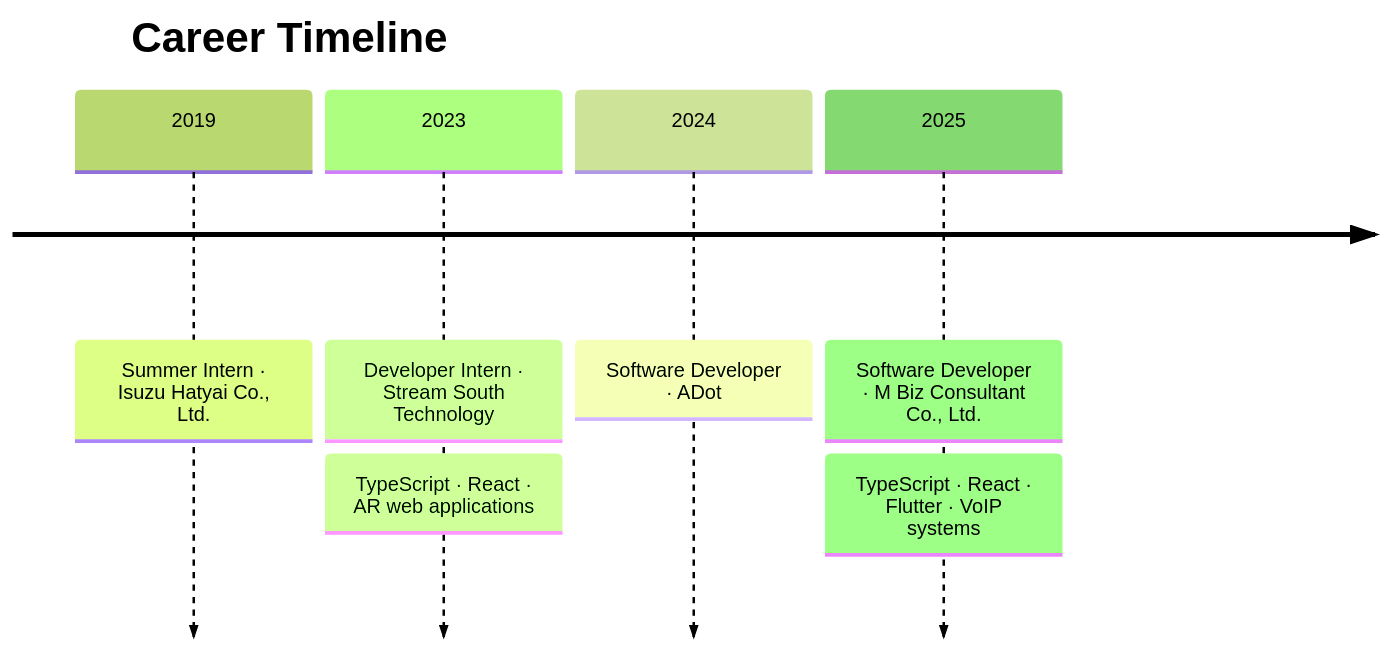
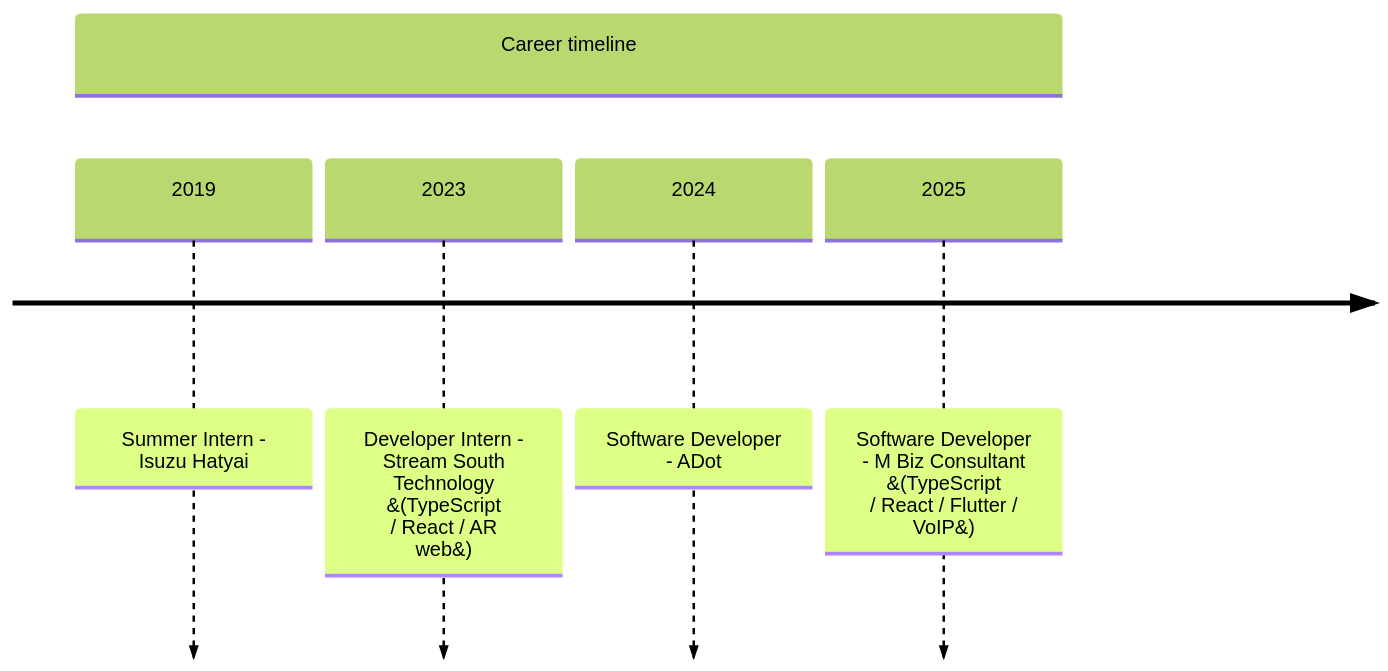
The second of 2 diagrams in README.md (WuttichaiSukantho/WuttichaiSukantho), drawn with Mermaid (forest theme) before and after one commit. The commit also changed other lines of this file and 3 other files, not shown here.

First line of the commit message:
Add application flow diagram and profile image

````diff
--- a/README.md
+++ b/README.md
@@ -91,10 +144,10 @@
 ```mermaid
 timeline
-    title Career Timeline
-    2019 : Summer Intern · Isuzu Hatyai Co., Ltd.
-    2023 : Developer Intern · Stream South Technology
-         : TypeScript · React · AR web applications
-    2024 : Software Developer · ADot
-    2025 : Software Developer · M Biz Consultant Co., Ltd.
-         : TypeScript · React · Flutter · VoIP systems
+  accTitle: Career timeline
+  accDescr: Career milestones&#58; Isuzu Hatyai summer internship in 2019, Stream South Technology developer internship in 2023, software developer at ADot in 2024, and software developer at M Biz Consultant from 2025.
+  section Career timeline
+    2019 : Summer Intern - Isuzu Hatyai
+    2023 : Developer Intern - Stream South Technology &#40;TypeScript / React / AR web&#41;
+    2024 : Software Developer - ADot
+    2025 : Software Developer - M Biz Consultant &#40;TypeScript / React / Flutter / VoIP&#41;
 ```
````
